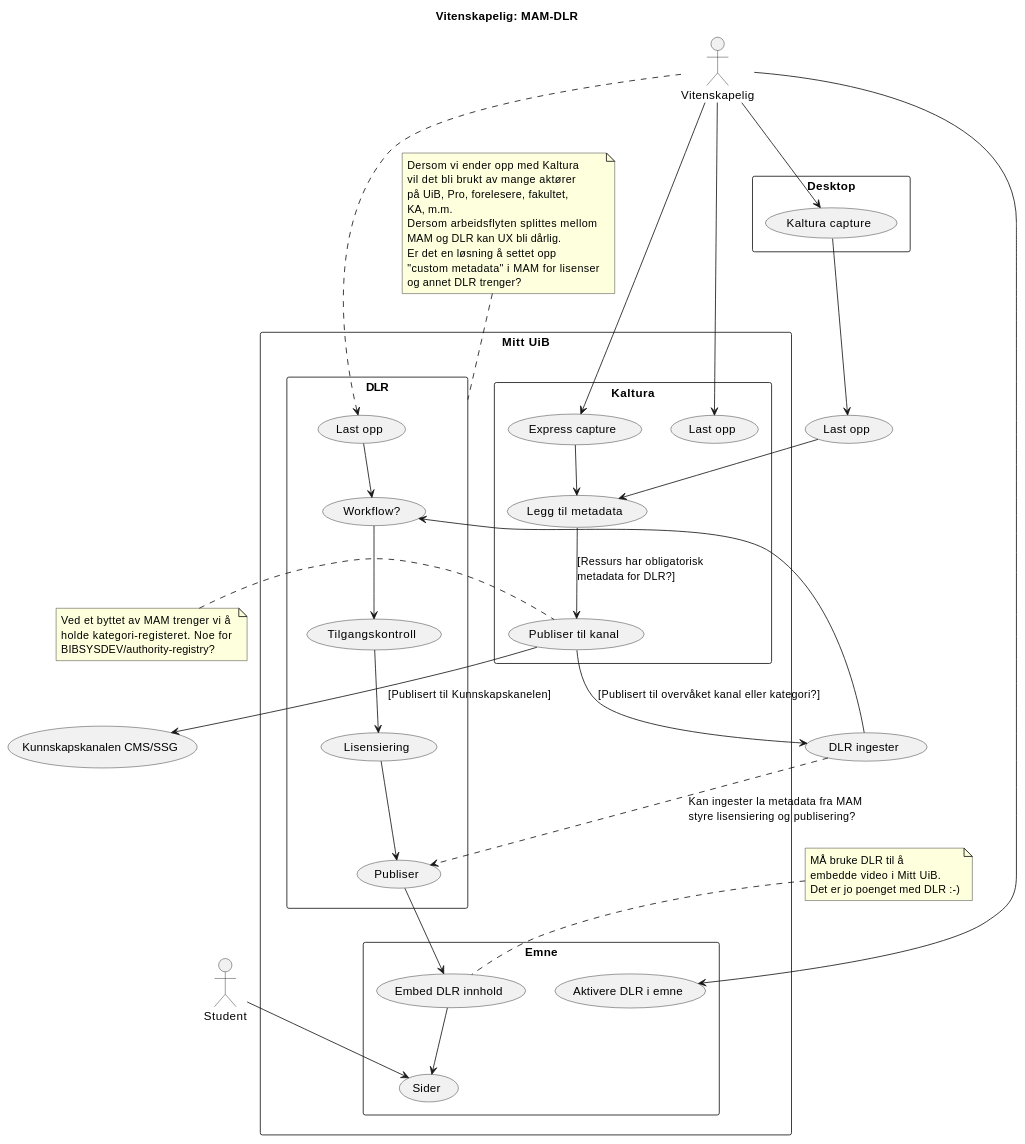
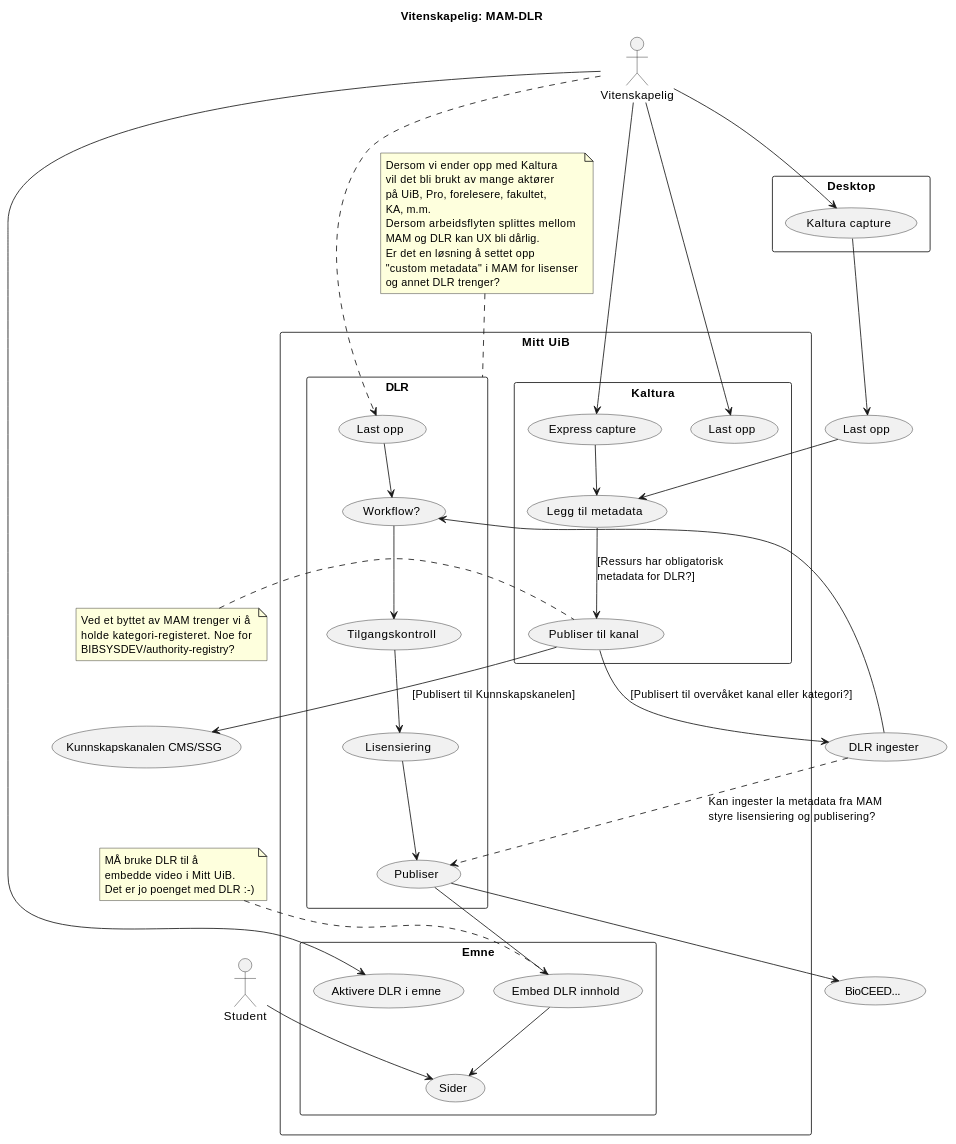
The diagram in src/docs/academic.md (tarjelavik/mam-dlr-architecture), drawn with PlantUML before and after one commit.

Commit message:
Add external CMS

```diff
--- a/src/docs/academic.md
+++ b/src/docs/academic.md
@@ -52,6 +52,7 @@
 (DLR ingester) --> wf
 (DLR ingester) ..> publish : "Kan ingester la metadata fra MAM\lstyre lisensiering og publisering?"
 publish --> ltidlr
+publish --> (BioCEED...)
 
 Lecturer --> activate
 
```
